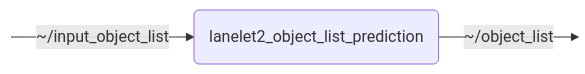
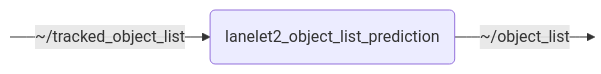
Before and after one commit to openads-project/lanelet2_object_list_prediction: the diagram in lanelet2_object_list_prediction/README.md, drawn with Mermaid. The commit also changed other lines of this file and 3 other files, not shown here.

Commit message:
rename input_object_list to tracked_object_list

````diff
--- a/lanelet2_object_list_prediction/README.md
+++ b/lanelet2_object_list_prediction/README.md
@@ -13,7 +13,7 @@
 ```mermaid
 flowchart LR
     NODE("lanelet2_object_list_prediction")
-    S0:::hidden -->|~/input_object_list| NODE
+    S0:::hidden -->|~/tracked_object_list| NODE
     NODE -->|~/object_list| P0:::hidden
     classDef hidden display: none;
 ```
````
